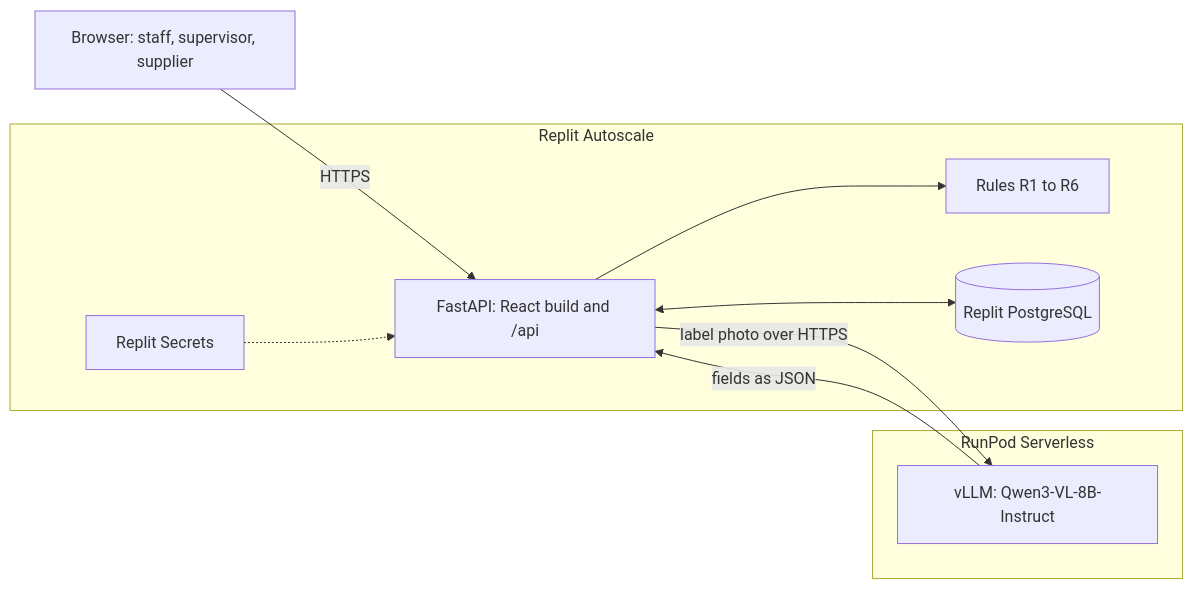
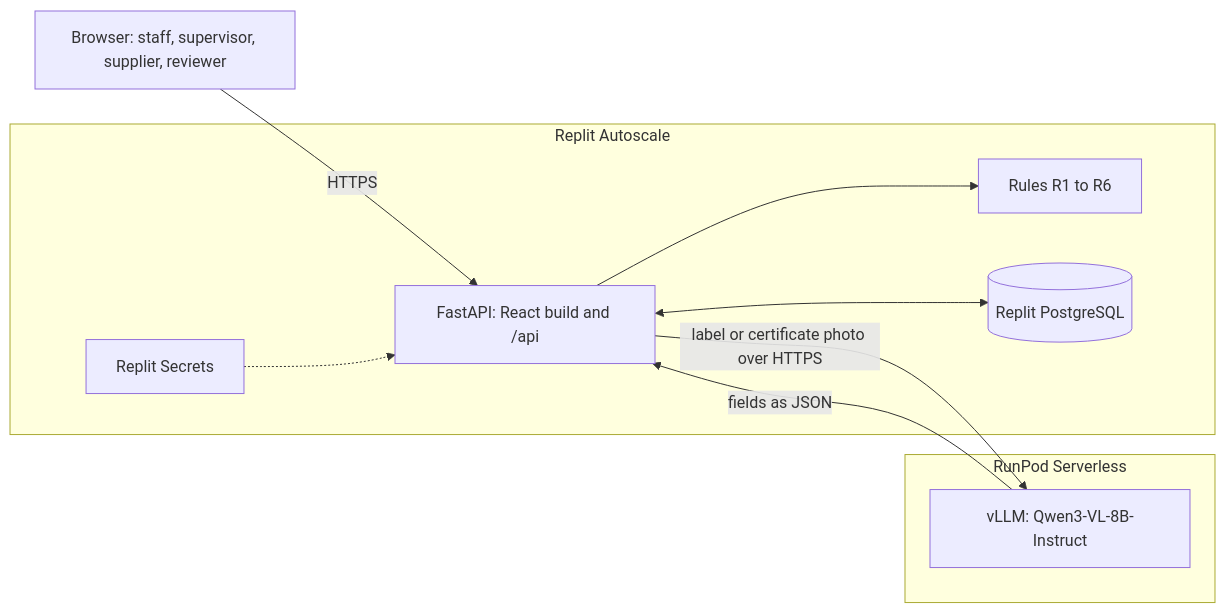
The first of 2 diagrams in docs/architecture.md (deettoh/halal-supplier-control), drawn with Mermaid before and after one commit. The commit also changed other lines of this file and 18 other files, not shown here.

````diff
--- a/docs/architecture.md
+++ b/docs/architecture.md
@@ -7,19 +7,19 @@
 ```mermaid
 flowchart LR
-    browser[Browser: staff, supervisor, supplier]
+    browser[Browser: staff, supervisor, supplier, reviewer]
     subgraph replit[Replit Autoscale]
         api[FastAPI: React build and /api]
         rules[Rules R1 to R6]
         db[(Replit PostgreSQL)]
         secrets[Replit Secrets]
     end
     subgraph runpod[RunPod Serverless]
         model[vLLM: Qwen3-VL-8B-Instruct]
     end
     browser -->|HTTPS| api
     api --> rules
     api <--> db
     secrets -.-> api
-    api -->|label photo over HTTPS| model
+    api -->|label or certificate photo over HTTPS| model
     model -->|fields as JSON| api
 ```
````
